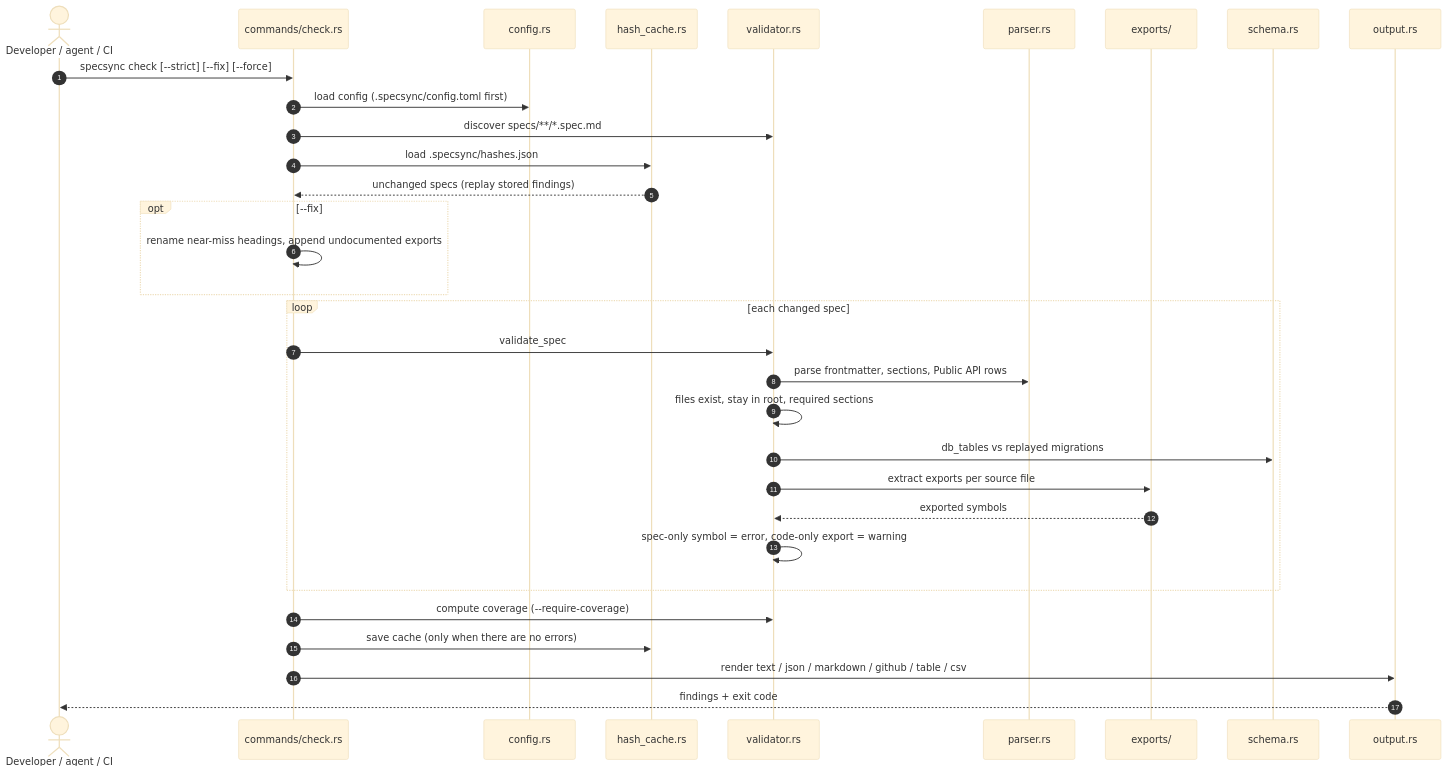
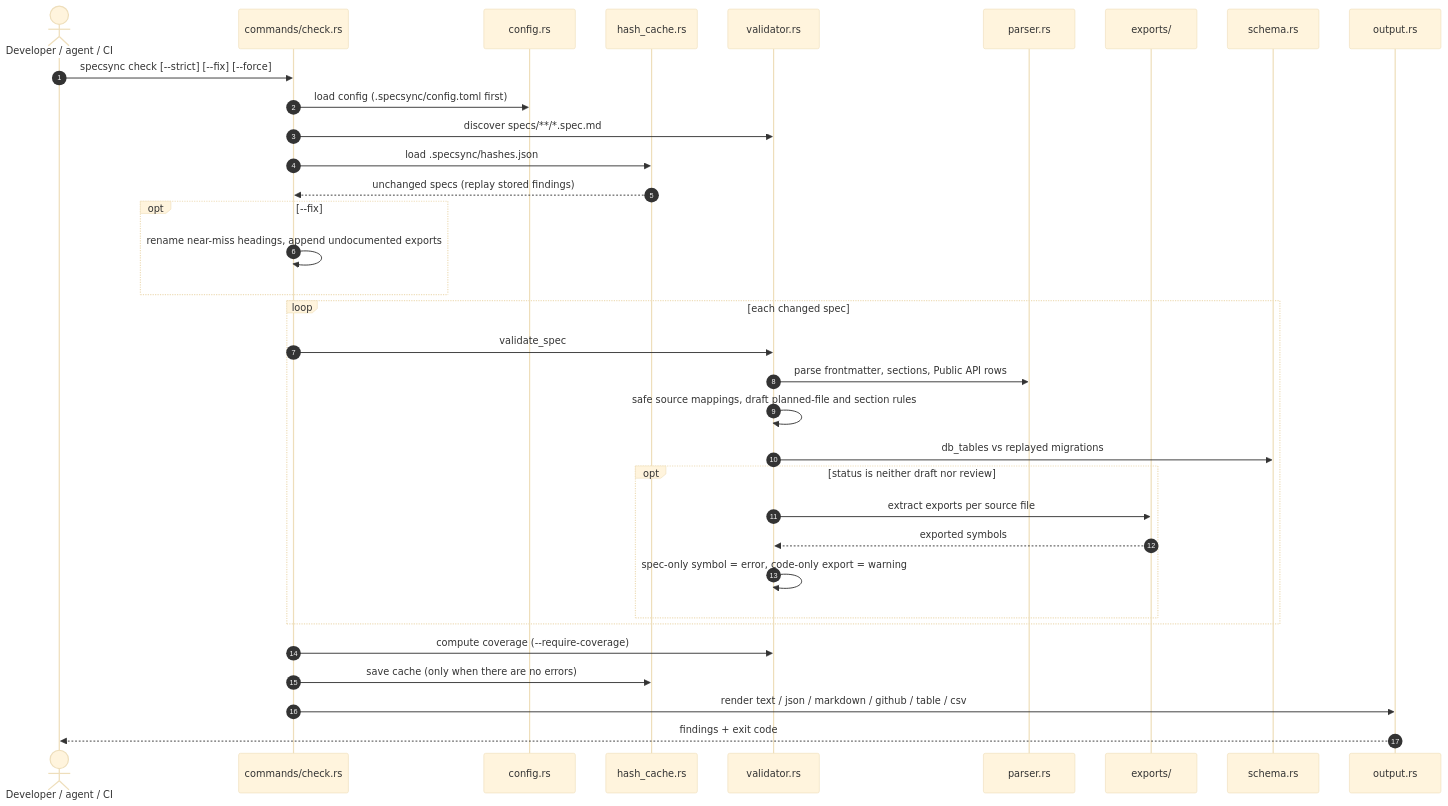
One commit to CorvidLabs/spec-sync changed the third of 10 diagrams in docs/HLD.md. Above: the diagram before and after it, drawn with Mermaid (base theme). The commit also changed other lines of this file and 45 other files, not shown here.

Commit message:
docs: correct reference docs and archive-first lifecycle diagrams

````diff
--- a/docs/HLD.md
+++ b/docs/HLD.md
@@ -208,35 +208,37 @@
 ```mermaid
 sequenceDiagram
     autonumber
     actor U as Developer / agent / CI
     participant C as commands/check.rs
     participant Cfg as config.rs
     participant H as hash_cache.rs
     participant V as validator.rs
     participant P as parser.rs
     participant X as exports/
     participant S as schema.rs
     participant O as output.rs
 
     U->>C: specsync check [--strict] [--fix] [--force]
     C->>Cfg: load config (.specsync/config.toml first)
     C->>V: discover specs/**/*.spec.md
     C->>H: load .specsync/hashes.json
     H-->>C: unchanged specs (replay stored findings)
     opt --fix
         C->>C: rename near-miss headings, append undocumented exports
     end
     loop each changed spec
         C->>V: validate_spec
         V->>P: parse frontmatter, sections, Public API rows
-        V->>V: files exist, stay in root, required sections
+        V->>V: safe source mappings, draft planned-file and section rules
         V->>S: db_tables vs replayed migrations
-        V->>X: extract exports per source file
-        X-->>V: exported symbols
-        V->>V: spec-only symbol = error, code-only export = warning
+        opt status is neither draft nor review
+            V->>X: extract exports per source file
+            X-->>V: exported symbols
+            V->>V: spec-only symbol = error, code-only export = warning
+        end
     end
     C->>V: compute coverage (--require-coverage)
     C->>H: save cache (only when there are no errors)
     C->>O: render text / json / markdown / github / table / csv
     O-->>U: findings + exit code
 ```
````
